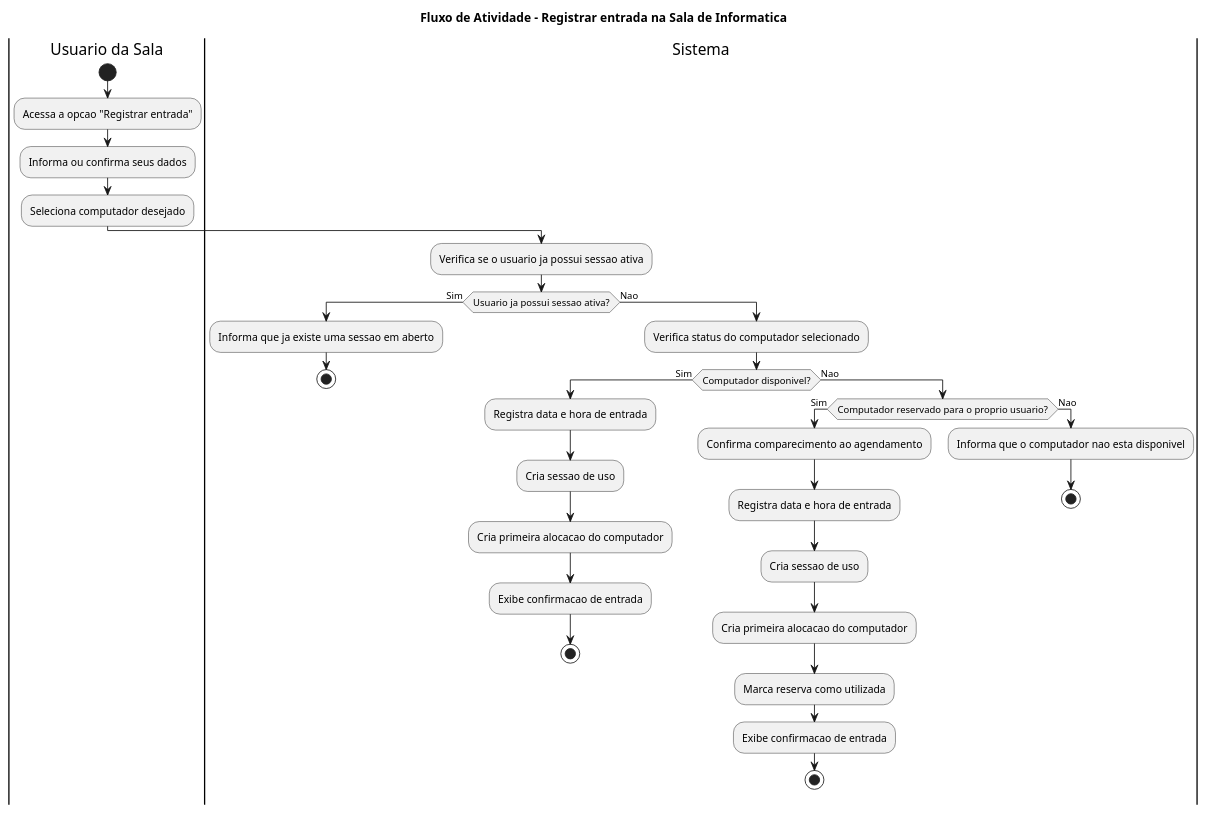
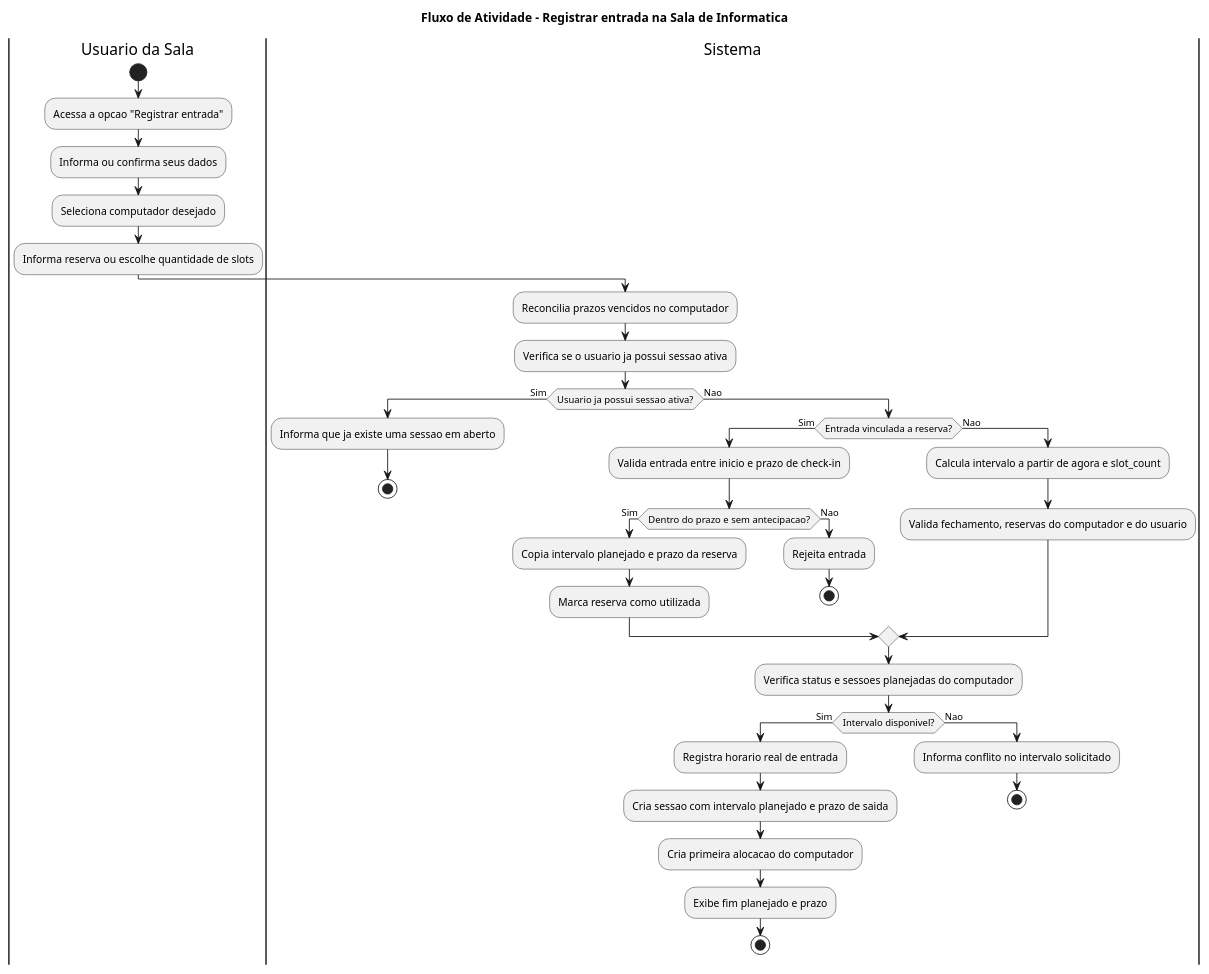
Before and after one commit to MarcosVini753/estagio: the diagram in docs/diagrams/atividades/02-usuario-registrar-entrada.puml, drawn with PlantUML. The commit also changed 21 other files, not shown here.

Commit message:
docs: sincronizar API fluxos e diagramas do modelo C

```diff
--- a/docs/diagrams/atividades/02-usuario-registrar-entrada.puml
+++ b/docs/diagrams/atividades/02-usuario-registrar-entrada.puml
@@ -1,42 +1,46 @@
 @startuml
 title Fluxo de Atividade - Registrar entrada na Sala de Informatica
 
 |Usuario da Sala|
 start
 :Acessa a opcao "Registrar entrada";
 :Informa ou confirma seus dados;
 :Seleciona computador desejado;
+:Informa reserva ou escolhe quantidade de slots;
 
 |Sistema|
+:Reconcilia prazos vencidos no computador;
 :Verifica se o usuario ja possui sessao ativa;
 
 if (Usuario ja possui sessao ativa?) then (Sim)
   :Informa que ja existe uma sessao em aberto;
   stop
 else (Nao)
-  :Verifica status do computador selecionado;
-
-  if (Computador disponivel?) then (Sim)
-    :Registra data e hora de entrada;
-    :Cria sessao de uso;
-    :Cria primeira alocacao do computador;
-    :Exibe confirmacao de entrada;
-    stop
-
-  else (Nao)
-    if (Computador reservado para o proprio usuario?) then (Sim)
-      :Confirma comparecimento ao agendamento;
-      :Registra data e hora de entrada;
-      :Cria sessao de uso;
-      :Cria primeira alocacao do computador;
+  if (Entrada vinculada a reserva?) then (Sim)
+    :Valida entrada entre inicio e prazo de check-in;
+    if (Dentro do prazo e sem antecipacao?) then (Sim)
+      :Copia intervalo planejado e prazo da reserva;
       :Marca reserva como utilizada;
-      :Exibe confirmacao de entrada;
-      stop
     else (Nao)
-      :Informa que o computador nao esta disponivel;
+      :Rejeita entrada;
       stop
     endif
+  else (Nao)
+    :Calcula intervalo a partir de agora e slot_count;
+    :Valida fechamento, reservas do computador e do usuario;
+  endif
+
+  :Verifica status e sessoes planejadas do computador;
+  if (Intervalo disponivel?) then (Sim)
+    :Registra horario real de entrada;
+    :Cria sessao com intervalo planejado e prazo de saida;
+    :Cria primeira alocacao do computador;
+    :Exibe fim planejado e prazo;
+    stop
+  else (Nao)
+    :Informa conflito no intervalo solicitado;
+    stop
   endif
 endif
 
 @enduml
```
